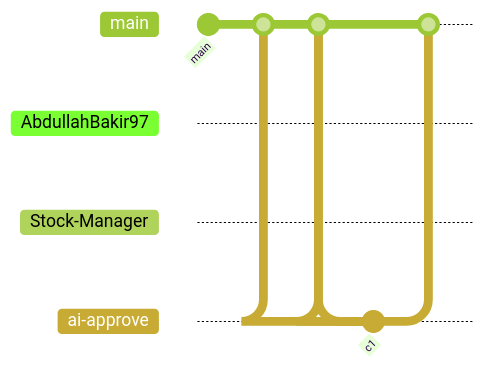
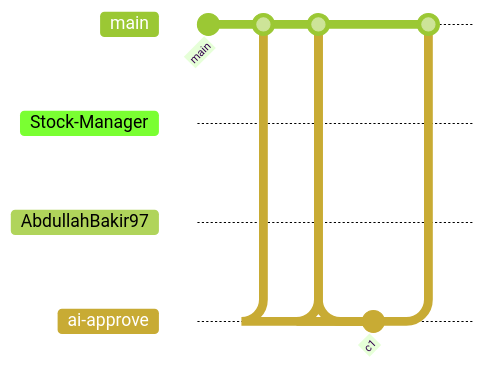
Before and after one commit to AbdullahBakir97/AbdullahBakir97: the diagram in README.md, drawn with Mermaid (forest theme). The commit also changed other lines of this file and 5 other files, not shown here.

````diff
--- a/README.md
+++ b/README.md
@@ -336,19 +336,19 @@
 ```mermaid
 gitGraph
    commit id: "main"
+   branch Stock-Manager
+   checkout Stock-Manager
+   commit id: "c1"
+   checkout main
+   merge Stock-Manager
    branch AbdullahBakir97
    checkout AbdullahBakir97
    commit id: "c1"
    checkout main
    merge AbdullahBakir97
-   branch Stock-Manager
-   checkout Stock-Manager
-   commit id: "c1"
-   checkout main
-   merge Stock-Manager
    branch ai-approve
    checkout ai-approve
    commit id: "c1"
    checkout main
    merge ai-approve
 ```
````
